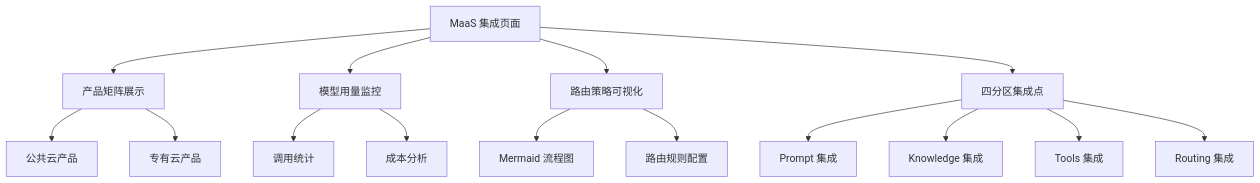
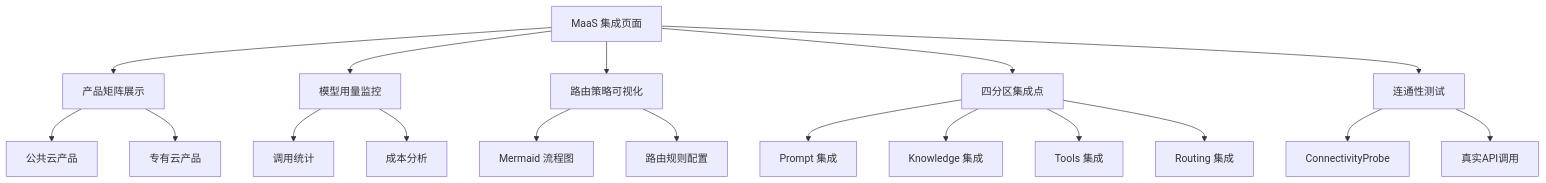
Before and after one commit to ai-guru-global/agent-up: the seventh of 10 diagrams in .qoder/repowiki/zh/content/前端架构.md, drawn with Mermaid. The commit also changed other lines of this file and 13 other files, not shown here.

````diff
--- a/.qoder/repowiki/zh/content/前端架构.md
+++ b/.qoder/repowiki/zh/content/前端架构.md
@@ -476,17 +528,20 @@
 ```mermaid
 flowchart TD
 A["MaaS 集成页面"] --> B["产品矩阵展示"]
 A --> C["模型用量监控"]
 A --> D["路由策略可视化"]
 A --> E["四分区集成点"]
+A --> F["连通性测试"]
 B --> B1["公共云产品"]
 B --> B2["专有云产品"]
 C --> C1["调用统计"]
 C --> C2["成本分析"]
 D --> D1["Mermaid 流程图"]
 D --> D2["路由规则配置"]
 E --> E1["Prompt 集成"]
 E --> E2["Knowledge 集成"]
 E --> E3["Tools 集成"]
 E --> E4["Routing 集成"]
+F --> F1["ConnectivityProbe"]
+F --> F2["真实API调用"]
 ```
````
